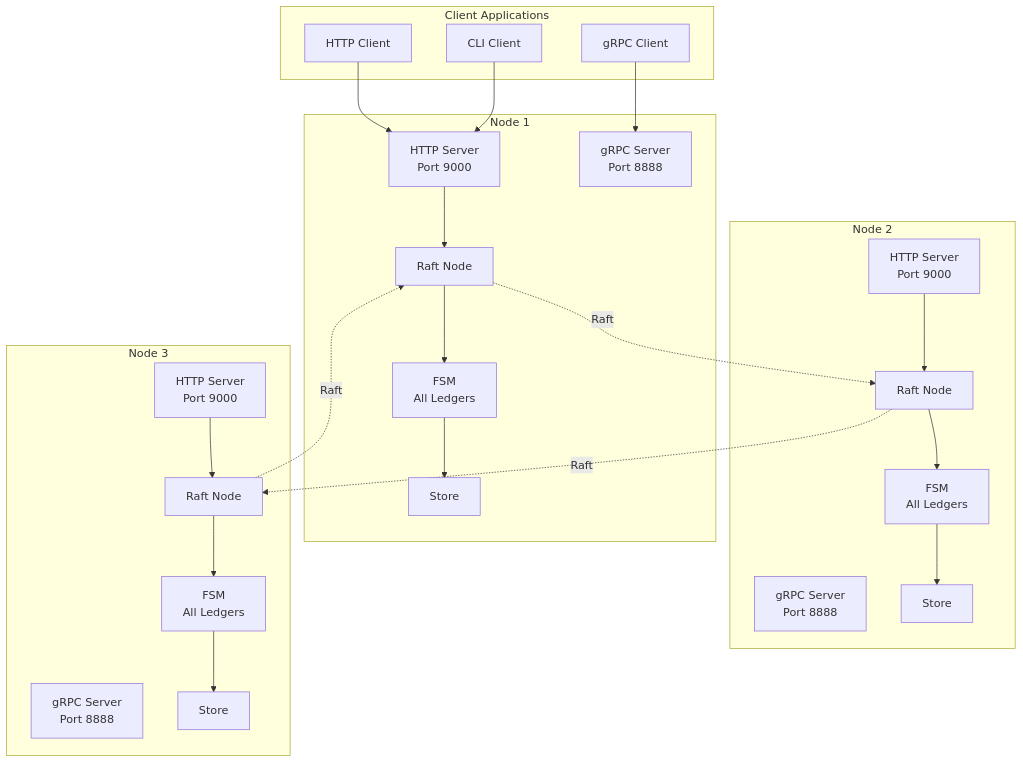
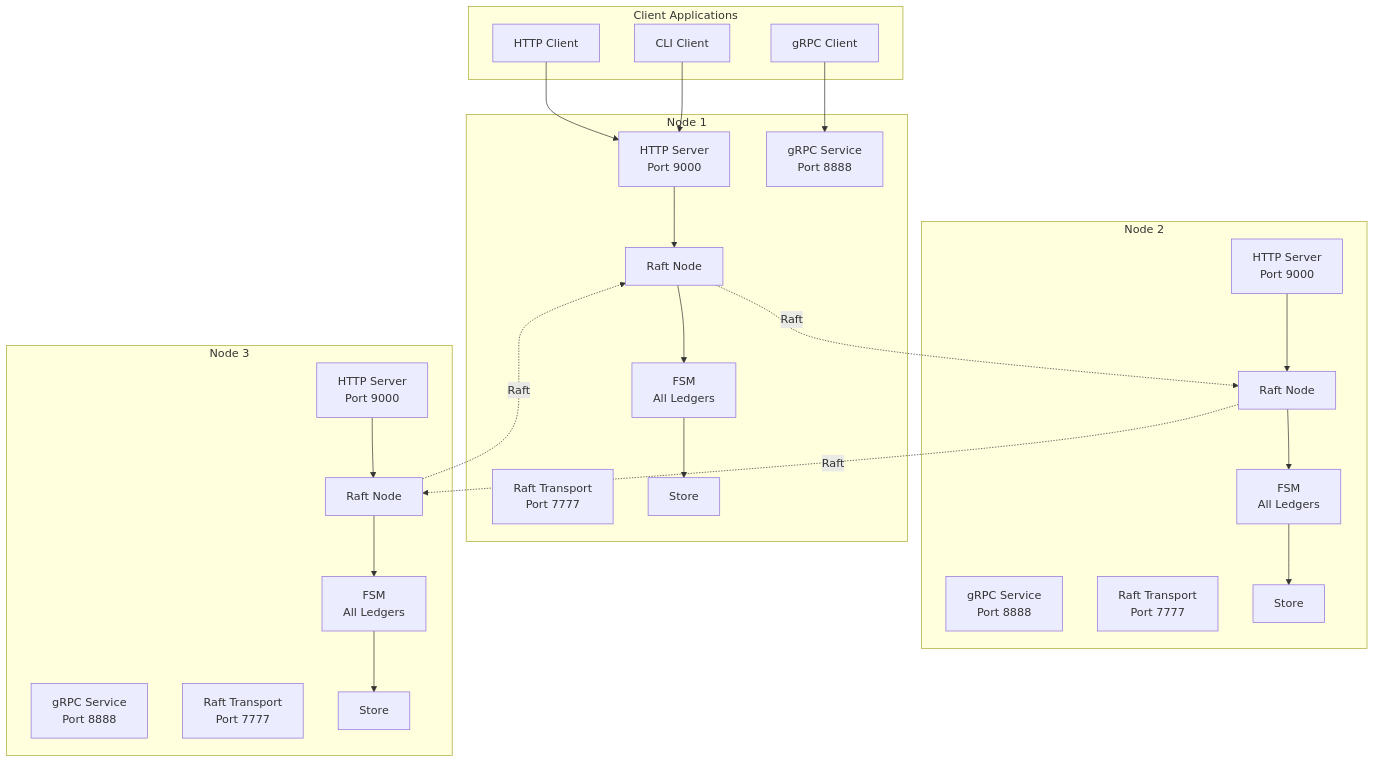
The first of 6 diagrams in docs/architecture/architecture.md (formancehq/ledger), drawn with Mermaid before and after one commit. The commit also changed other lines of this file and 29 other files, not shown here.

````diff
--- a/docs/architecture/architecture.md
+++ b/docs/architecture/architecture.md
@@ -9,52 +9,55 @@
 ```mermaid
 graph TB
     subgraph "Client Applications"
         HTTPClient[HTTP Client]
         GRPCClient[gRPC Client]
         CLIClient[CLI Client]
     end
     
     subgraph "Node 1"
         HTTPServer1[HTTP Server<br/>Port 9000]
-        GRPCServer1[gRPC Server<br/>Port 8888]
+        GRPCServer1[gRPC Service<br/>Port 8888]
+        RaftServer1[Raft Transport<br/>Port 7777]
         RaftNode1[Raft Node]
         FSM1[FSM<br/>All Ledgers]
         Storage1[Store]
     end
     
     subgraph "Node 2"
         HTTPServer2[HTTP Server<br/>Port 9000]
-        GRPCServer2[gRPC Server<br/>Port 8888]
+        GRPCServer2[gRPC Service<br/>Port 8888]
+        RaftServer2[Raft Transport<br/>Port 7777]
         RaftNode2[Raft Node]
         FSM2[FSM<br/>All Ledgers]
         Storage2[Store]
     end
     
     subgraph "Node 3"
         HTTPServer3[HTTP Server<br/>Port 9000]
-        GRPCServer3[gRPC Server<br/>Port 8888]
+        GRPCServer3[gRPC Service<br/>Port 8888]
+        RaftServer3[Raft Transport<br/>Port 7777]
         RaftNode3[Raft Node]
         FSM3[FSM<br/>All Ledgers]
         Storage3[Store]
     end
     
     HTTPClient --> HTTPServer1
     GRPCClient --> GRPCServer1
     CLIClient --> HTTPServer1
     
     HTTPServer1 --> RaftNode1
     HTTPServer2 --> RaftNode2
     HTTPServer3 --> RaftNode3
     
     RaftNode1 --> FSM1
     RaftNode2 --> FSM2
     RaftNode3 --> FSM3
     
     FSM1 --> Storage1
     FSM2 --> Storage2
     FSM3 --> Storage3
     
     RaftNode1 -.Raft.-> RaftNode2
     RaftNode2 -.Raft.-> RaftNode3
     RaftNode3 -.Raft.-> RaftNode1
 ```
````
